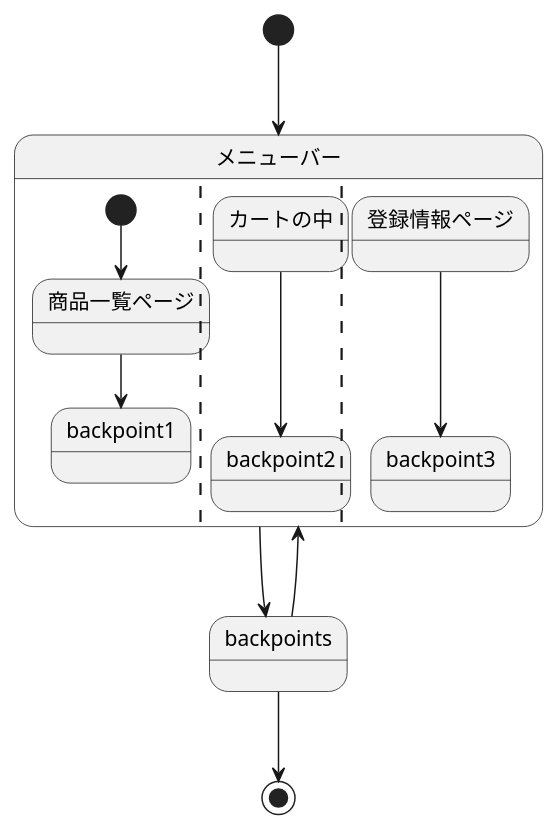
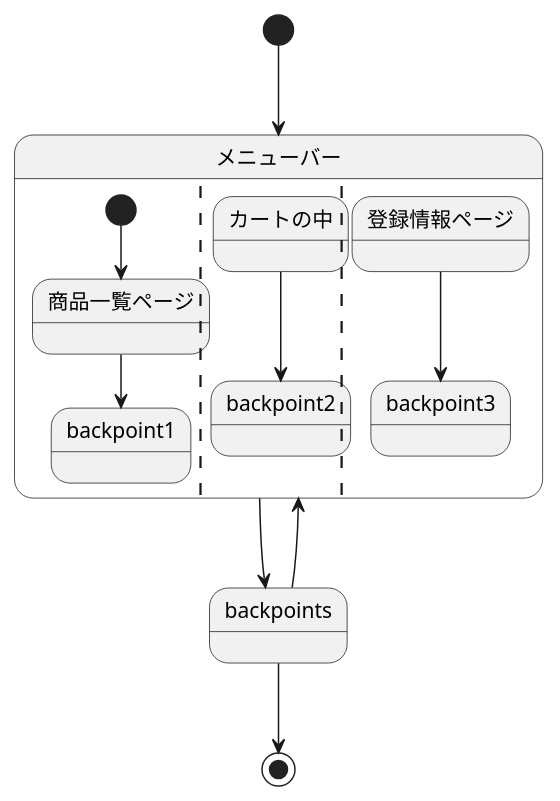
The diagram in sample/StateMachine.md (Aso2001385/2021sys-design), drawn with PlantUML before and after one commit.

````diff
--- a/sample/StateMachine.md
+++ b/sample/StateMachine.md
@@ -1,18 +1,18 @@
 ```uml
 @startuml
 
 [*] --> メニューバー
 state メニューバー {
  [*] --> 商品一覧ページ
  商品一覧ページ --> backpoint1
  ||
- カートの中 ----> backpoint2
+ カートの中 ---> backpoint2
  ||
- 登録情報ページ ----> backpoint3
+ 登録情報ページ ---> backpoint3
 }
 メニューバー --> backpoints
 backpoints --> メニューバー
 backpoints --> [*]
 
 @enduml
 ```
````
